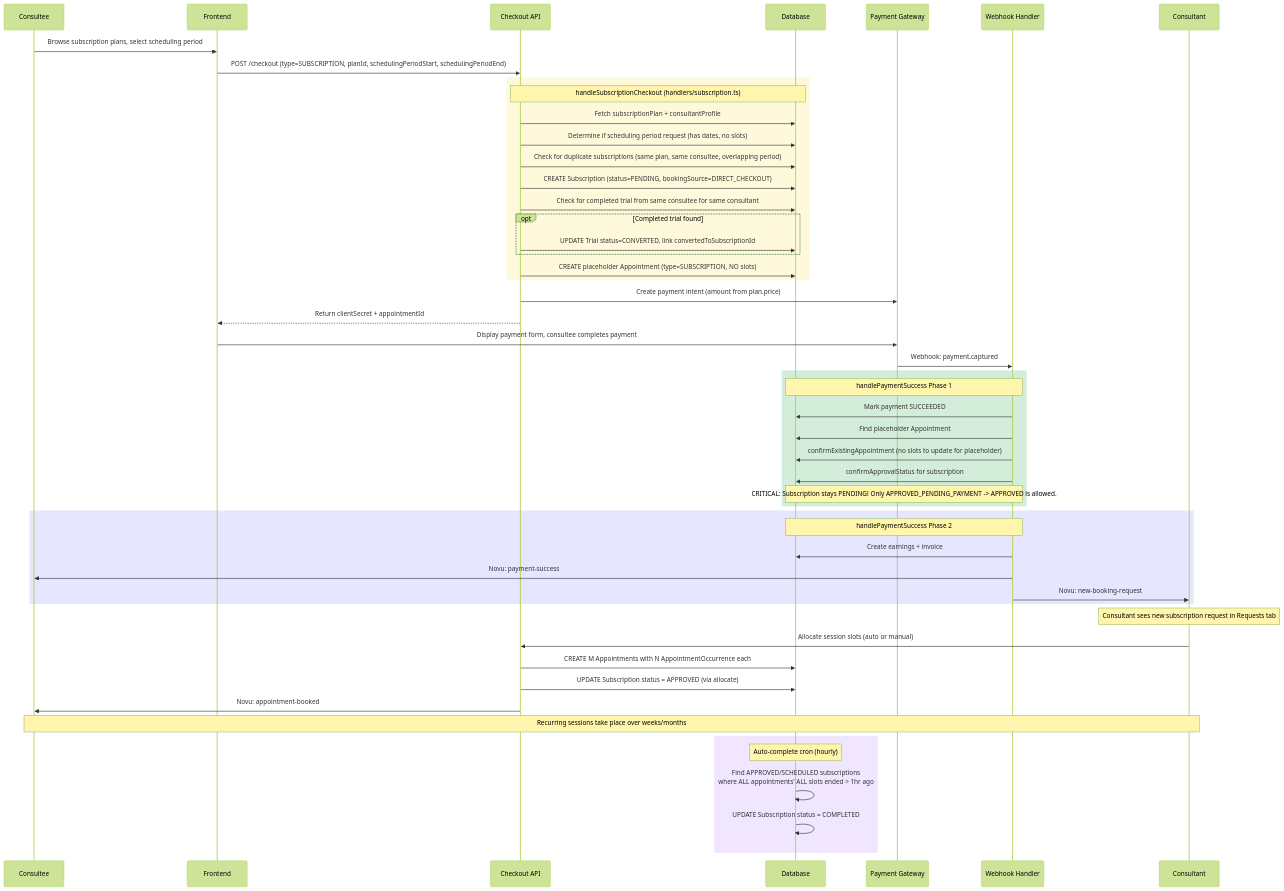
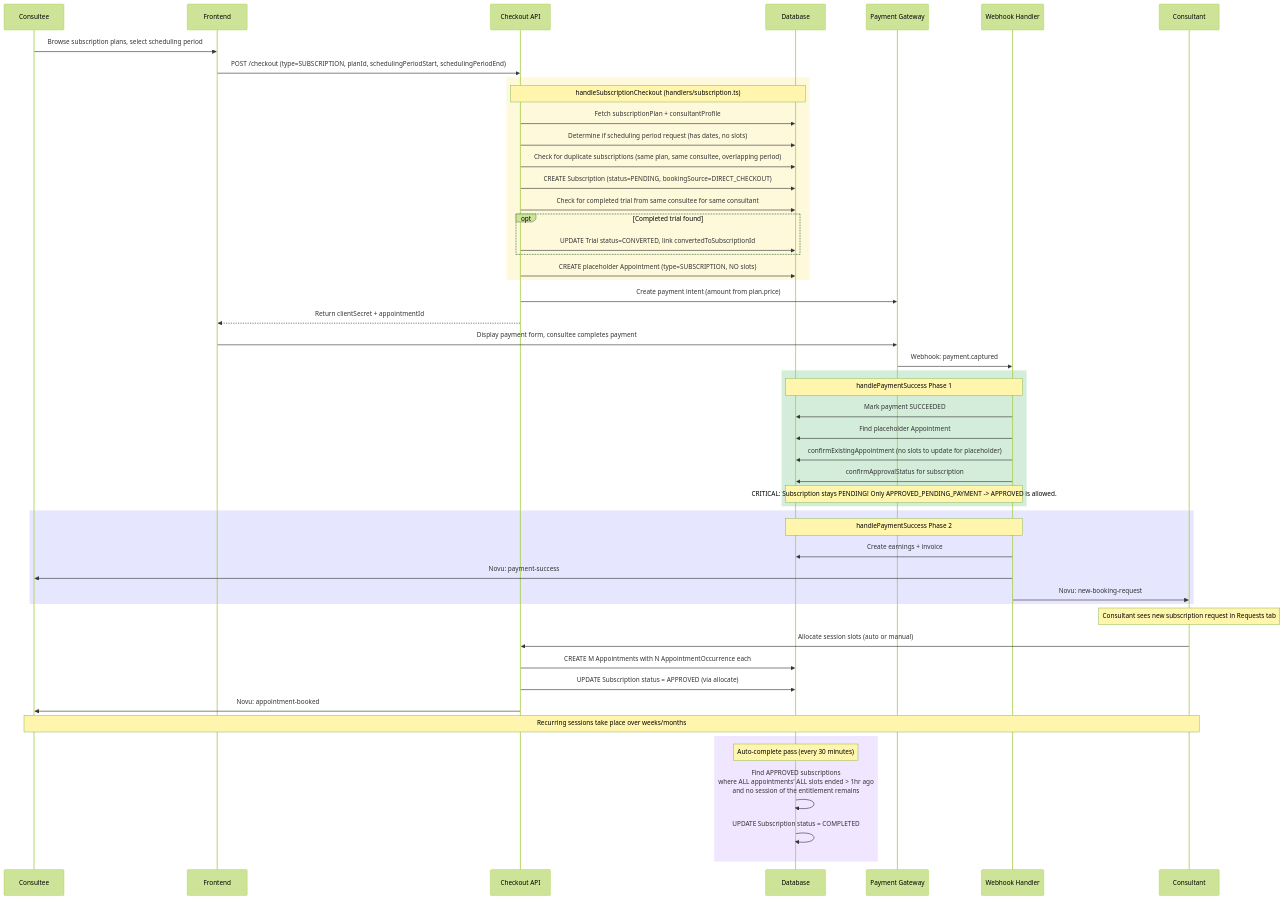
Before and after one commit to Practitionist/familiarise_web: the fifth of 16 diagrams in docs/booking/06-booking-lifecycle.md, drawn with Mermaid (forest theme). The commit also changed other lines of this file and 182 other files, not shown here.

````diff
--- a/docs/booking/06-booking-lifecycle.md
+++ b/docs/booking/06-booking-lifecycle.md
@@ -320,62 +320,62 @@
 ```mermaid
 sequenceDiagram
     participant CE as Consultee
     participant FE as Frontend
     participant API as Checkout API
     participant DB as Database
     participant GW as Payment Gateway
     participant WH as Webhook Handler
     participant CT as Consultant
 
     CE->>FE: Browse subscription plans, select scheduling period
     FE->>API: POST /checkout (type=SUBSCRIPTION, planId, schedulingPeriodStart, schedulingPeriodEnd)
 
     rect rgb(255, 249, 220)
         Note over API,DB: handleSubscriptionCheckout (handlers/subscription.ts)
         API->>DB: Fetch subscriptionPlan + consultantProfile
         API->>DB: Determine if scheduling period request (has dates, no slots)
         API->>DB: Check for duplicate subscriptions (same plan, same consultee, overlapping period)
         API->>DB: CREATE Subscription (status=PENDING, bookingSource=DIRECT_CHECKOUT)
         API->>DB: Check for completed trial from same consultee for same consultant
         opt Completed trial found
             API->>DB: UPDATE Trial status=CONVERTED, link convertedToSubscriptionId
         end
         API->>DB: CREATE placeholder Appointment (type=SUBSCRIPTION, NO slots)
     end
 
     API->>GW: Create payment intent (amount from plan.price)
     API-->>FE: Return clientSecret + appointmentId
     FE->>GW: Display payment form, consultee completes payment
     GW->>WH: Webhook: payment.captured
 
     rect rgb(212, 237, 218)
         Note over WH,DB: handlePaymentSuccess Phase 1
         WH->>DB: Mark payment SUCCEEDED
         WH->>DB: Find placeholder Appointment
         WH->>DB: confirmExistingAppointment (no slots to update for placeholder)
         WH->>DB: confirmApprovalStatus for subscription
         Note over WH,DB: CRITICAL: Subscription stays PENDING! Only APPROVED_PENDING_PAYMENT -> APPROVED is allowed.
     end
 
     rect rgb(230, 230, 255)
         Note over WH,DB: handlePaymentSuccess Phase 2
         WH->>DB: Create earnings + invoice
         WH->>CE: Novu: payment-success
         WH->>CT: Novu: new-booking-request
     end
 
     Note over CT: Consultant sees new subscription request in Requests tab
 
     CT->>API: Allocate session slots (auto or manual)
     API->>DB: CREATE M Appointments with N AppointmentOccurrence each
     API->>DB: UPDATE Subscription status = APPROVED (via allocate)
     API->>CE: Novu: appointment-booked
 
     Note over CE,CT: Recurring sessions take place over weeks/months
 
     rect rgb(240, 230, 255)
-        Note over DB: Auto-complete cron (hourly)
-        DB->>DB: Find APPROVED/SCHEDULED subscriptions<br/>where ALL appointments' ALL slots ended > 1hr ago
+        Note over DB: Auto-complete pass (every 30 minutes)
+        DB->>DB: Find APPROVED subscriptions<br/>where ALL appointments' ALL slots ended > 1hr ago<br/>and no session of the entitlement remains
         DB->>DB: UPDATE Subscription status = COMPLETED
     end
 ```
````
